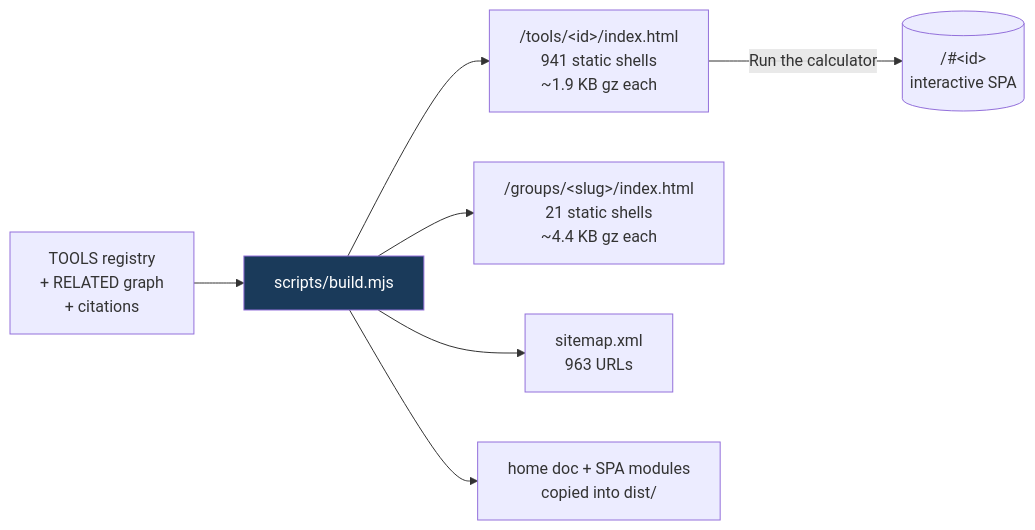
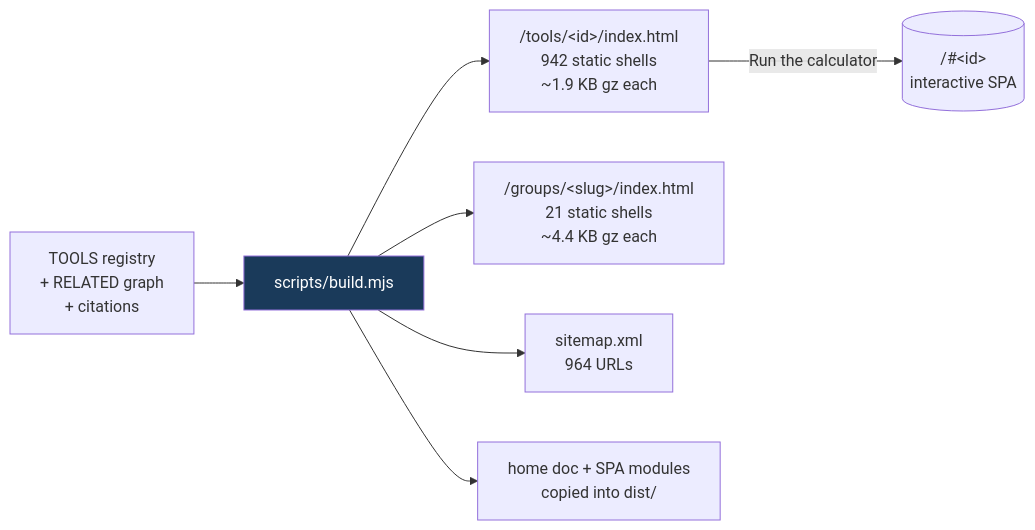
The fifth of 8 diagrams in README.md (clay-good/roughlogic.com), drawn with Mermaid before and after one commit. The commit also changed other lines of this file and 17 other files, not shown here.

````diff
--- a/README.md
+++ b/README.md
@@ -495,10 +495,10 @@
 ```mermaid
 flowchart LR
     SRC[TOOLS registry\n+ RELATED graph\n+ citations] --> BUILD[scripts/build.mjs]
-    BUILD --> TILE["/tools/&lt;id&gt;/index.html\n941 static shells\n~1.9 KB gz each"]
+    BUILD --> TILE["/tools/&lt;id&gt;/index.html\n942 static shells\n~1.9 KB gz each"]
     BUILD --> GROUP["/groups/&lt;slug&gt;/index.html\n21 static shells\n~4.4 KB gz each"]
-    BUILD --> MAP["sitemap.xml\n963 URLs"]
+    BUILD --> MAP["sitemap.xml\n964 URLs"]
     BUILD --> COPY[home doc + SPA modules\ncopied into dist/]
     TILE -->|Run the calculator| SPA[("/#&lt;id&gt;\ninteractive SPA")]
     style BUILD fill:#1a3a5a,color:#fff
 ```
````
